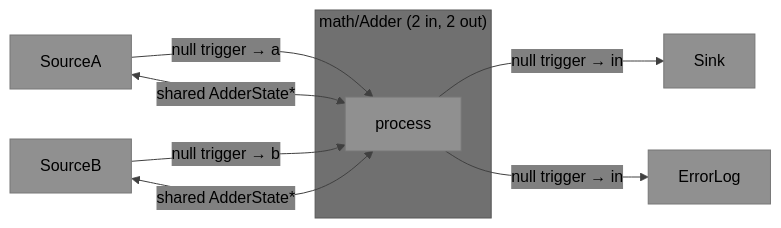
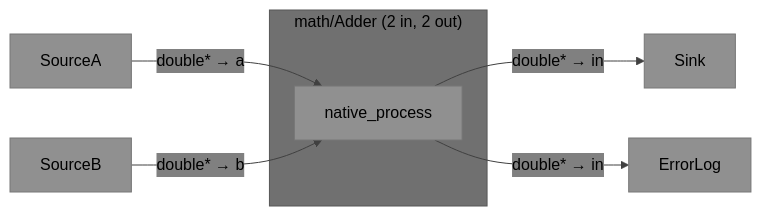
The seventh of 11 diagrams in docs/api.md (visionik/anyflux), drawn with Mermaid before and after one commit. The commit also changed other lines of this file and 1 other file, not shown here.

Commit message:
feat(api): add aFlux_componentEmitPtr + AFNativeProcessFn; rewrite examples 5.1-5.3

````diff
--- a/docs/api.md
+++ b/docs/api.md
@@ -379,13 +381,11 @@
 ```mermaid
 %%{init: {'theme': 'base', 'themeVariables': { 'primaryColor': '#909090', 'secondaryColor': '#808080', 'tertiaryColor': '#707070', 'primaryTextColor': '#000000', 'secondaryTextColor': '#000000', 'tertiaryTextColor': '#000000', 'noteTextColor': '#000000', 'lineColor': '#404040' }}}%%
 graph LR
-    SRC_A["SourceA"] -->|"null trigger → a"| ADD
-    SRC_B["SourceB"] -->|"null trigger → b"| ADD
-    SRC_A <-->|"shared AdderState*"| ADD
-    SRC_B <-->|"shared AdderState*"| ADD
+    SRC_A["SourceA"] -->|"double* → a"| ADD
+    SRC_B["SourceB"] -->|"double* → b"| ADD
     subgraph "math/Adder  (2 in, 2 out)"
-        ADD[process]
+        ADD[native_process]
     end
-    ADD -->|"null trigger → in"| SINK[Sink]
-    ADD -->|"null trigger → in"| ELOG[ErrorLog]
+    ADD -->|"double* → in"| SINK[Sink]
+    ADD -->|"double* → in"| ELOG[ErrorLog]
 ```
````
